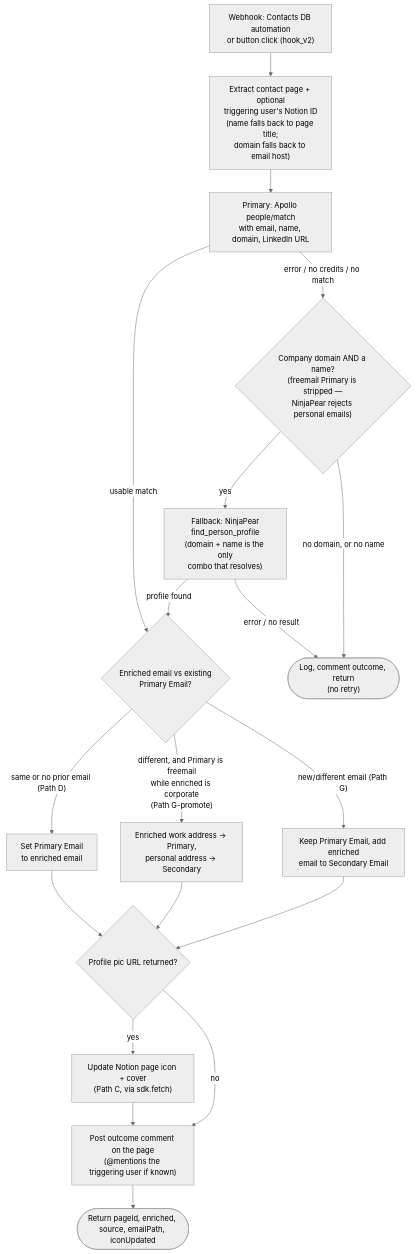
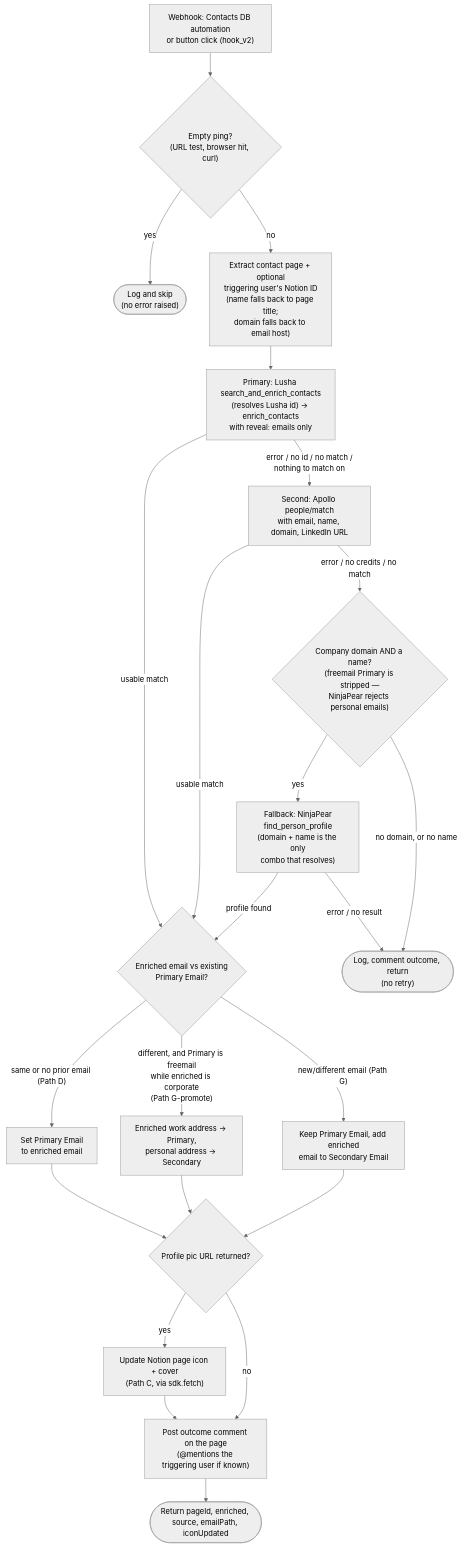
The diagram in enrich-contact-records/README.md (work-flowers/zapier-sdk), drawn with Mermaid (neutral theme) before and after one commit. The commit also changed other lines of this file and 3 other files, not shown here.

````diff
--- a/enrich-contact-records/README.md
+++ b/enrich-contact-records/README.md
@@ -103,20 +120,24 @@
 ```mermaid
 flowchart TD
-    A["Webhook: Contacts DB automation<br/>or button click (hook_v2)"] --> B["Extract contact page + optional<br/>triggering user's Notion ID<br/>(name falls back to page title;<br/>domain falls back to email host)"]
-    B --> AP["Primary: Apollo people/match<br/>with email, name, domain, LinkedIn URL"]
+    A["Webhook: Contacts DB automation<br/>or button click (hook_v2)"] --> P{"Empty ping?<br/>(URL test, browser hit, curl)"}
+    P -- yes --> PS(["Log and skip<br/>(no error raised)"])
+    P -- no --> B["Extract contact page + optional<br/>triggering user's Notion ID<br/>(name falls back to page title;<br/>domain falls back to email host)"]
+    B --> LU["Primary: Lusha search_and_enrich_contacts<br/>(resolves Lusha id) → enrich_contacts<br/>with reveal: emails only"]
+    LU -- "usable match" --> E
+    LU -- "error / no id / no match /<br/>nothing to match on" --> AP["Second: Apollo people/match<br/>with email, name, domain, LinkedIn URL"]
     AP -- "usable match" --> E
     AP -- "error / no credits / no match" --> NPG{"Company domain AND a name?<br/>(freemail Primary is stripped —<br/>NinjaPear rejects personal emails)"}
     NPG -- "yes" --> NP["Fallback: NinjaPear<br/>find_person_profile<br/>(domain + name is the only<br/>combo that resolves)"]
     NPG -- "no domain, or no name" --> D
     NP -- "profile found" --> E{"Enriched email vs existing<br/>Primary Email?"}
     NP -- "error / no result" --> D(["Log, comment outcome, return<br/>(no retry)"])
     E -- "same or no prior email (Path D)" --> F["Set Primary Email<br/>to enriched email"]
     E -- "different, and Primary is freemail<br/>while enriched is corporate<br/>(Path G-promote)" --> GP["Enriched work address → Primary,<br/>personal address → Secondary"]
     E -- "new/different email (Path G)" --> G["Keep Primary Email, add enriched<br/>email to Secondary Email"]
     F --> H{"Profile pic URL returned?"}
     GP --> H
     G --> H
     H -- yes --> I["Update Notion page icon + cover<br/>(Path C, via sdk.fetch)"] --> J
     H -- no --> J["Post outcome comment on the page<br/>(@mentions the triggering user if known)"]
     J --> K(["Return pageId, enriched, source, emailPath, iconUpdated"])
 ```
````
